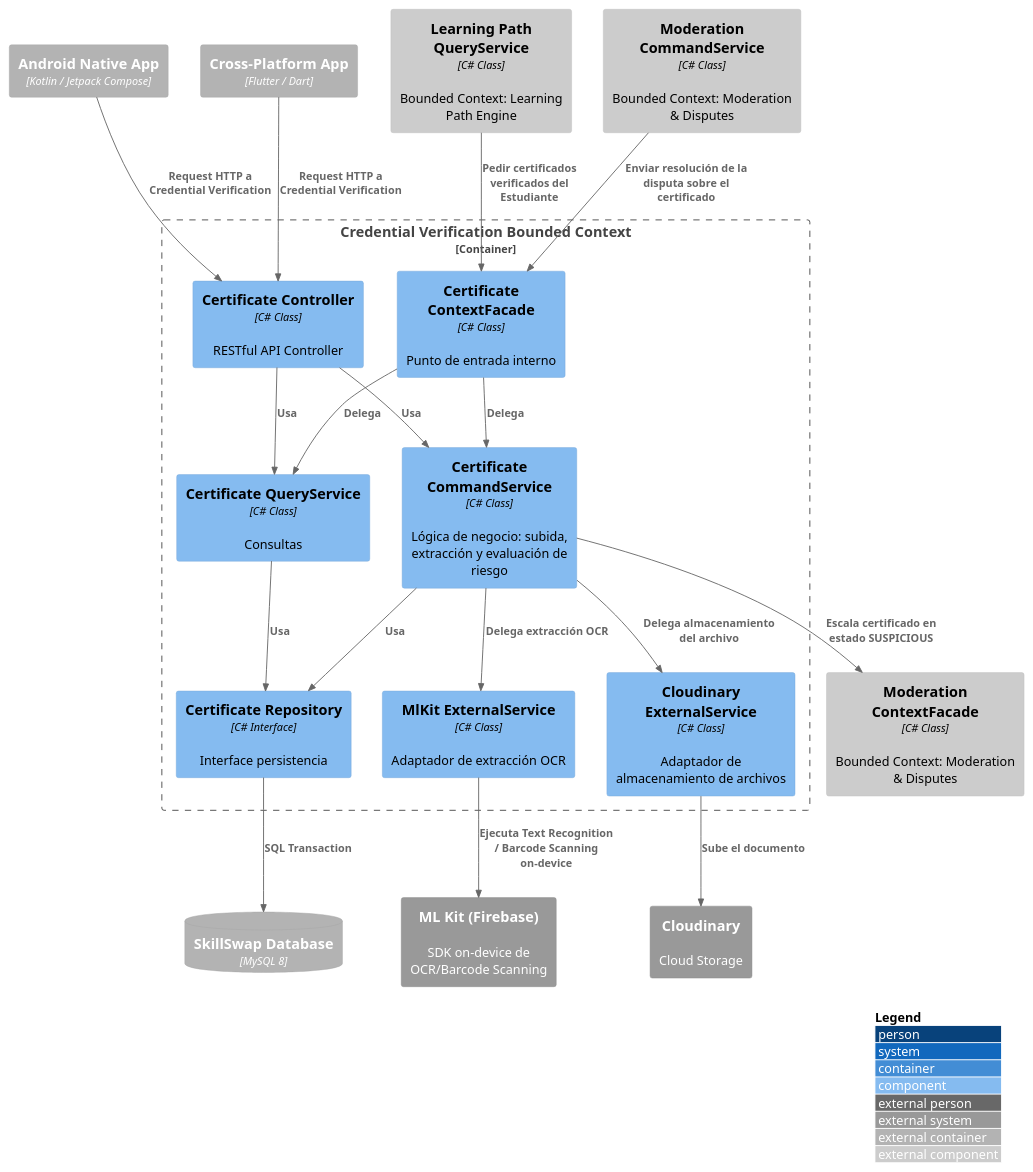
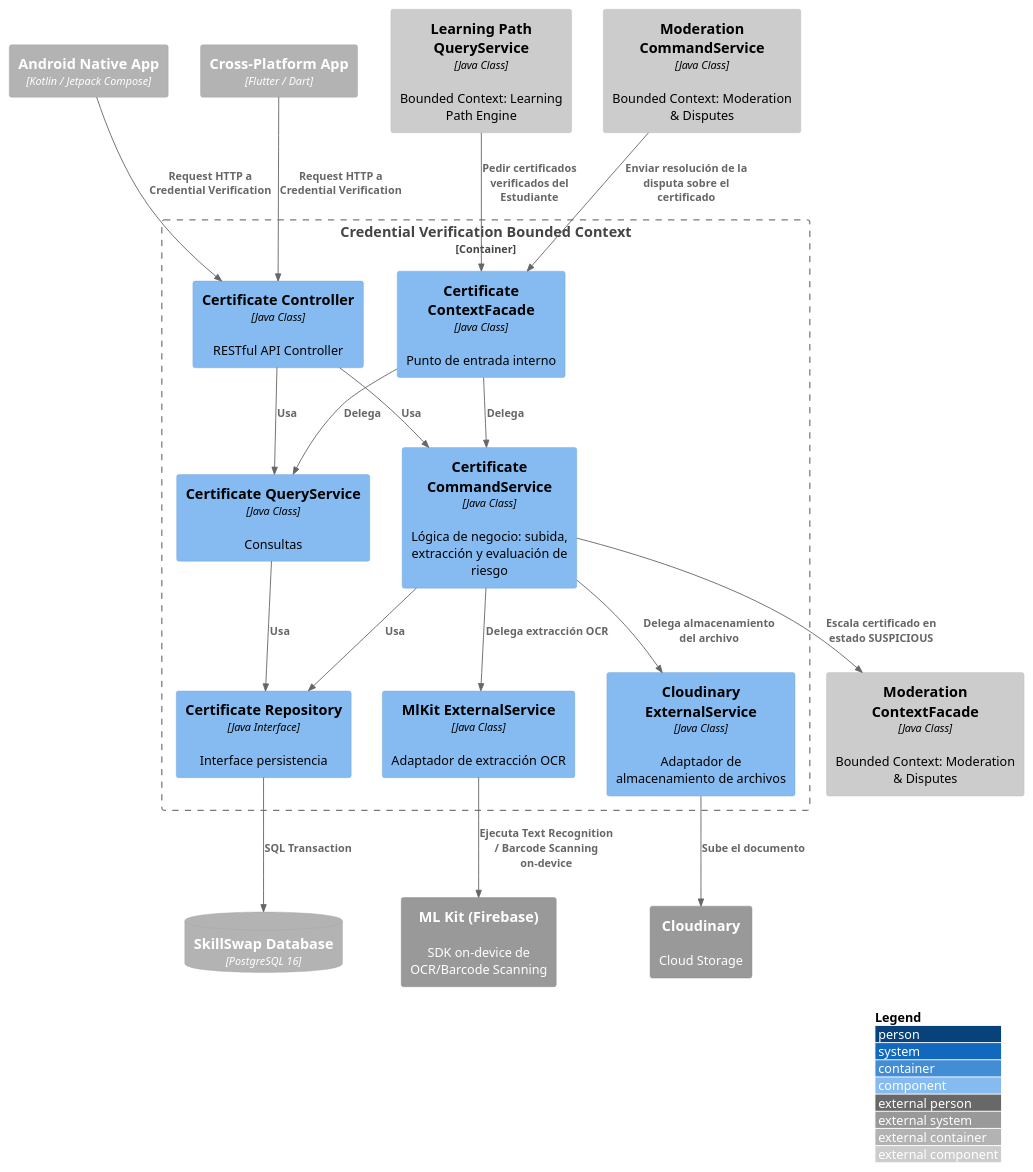
One commit to Aplicaciones-Dispositivos-Moviles/SkillSwap-ProjectReport changed the diagram in DB&C4/Component_Diagram_Credential_Verification.puml. Above: the diagram before and after it, drawn with PlantUML. The commit also changed 32 other files, not shown here.

First line of the commit message:
docs(images): regenerate C4, context map and class diagrams from updated PlantUML sources

```diff
--- a/DB&C4/Component_Diagram_Credential_Verification.puml
+++ b/DB&C4/Component_Diagram_Credential_Verification.puml
@@ -1,48 +1,48 @@
 @startuml CredentialVerificationComponent
 !include https://raw.githubusercontent.com/plantuml-stdlib/C4-PlantUML/master/C4_Component.puml
 
 LAYOUT_WITH_LEGEND()
 
 Container_Ext(androidApp, "Android Native App", "Kotlin / Jetpack Compose")
 Container_Ext(flutterApp, "Cross-Platform App", "Flutter / Dart")
-ContainerDb_Ext(mainDB, "SkillSwap Database", "MySQL 8")
+ContainerDb_Ext(mainDB, "SkillSwap Database", "PostgreSQL 16")
 System_Ext(mlKitService, "ML Kit (Firebase)", "SDK on-device de OCR/Barcode Scanning")
 System_Ext(cloudStorage, "Cloudinary", "Cloud Storage")
 
 Container_Boundary(credentialBC, "Credential Verification Bounded Context") {
-    Component(certificateController, "Certificate Controller", "C# Class", "RESTful API Controller")
-    Component(certificateCommandService, "Certificate CommandService", "C# Class", "Lógica de negocio: subida, extracción y evaluación de riesgo")
-    Component(certificateQueryService, "Certificate QueryService", "C# Class", "Consultas")
-    Component(certificateRepository, "Certificate Repository", "C# Interface", "Interface persistencia")
-    Component(mlKitExtractorExternal, "MlKit ExternalService", "C# Class", "Adaptador de extracción OCR")
-    Component(cloudinaryStorageExternal, "Cloudinary ExternalService", "C# Class", "Adaptador de almacenamiento de archivos")
-    Component(certificateContextFacade, "Certificate ContextFacade", "C# Class", "Punto de entrada interno")
+    Component(certificateController, "Certificate Controller", "Java Class", "RESTful API Controller")
+    Component(certificateCommandService, "Certificate CommandService", "Java Class", "Lógica de negocio: subida, extracción y evaluación de riesgo")
+    Component(certificateQueryService, "Certificate QueryService", "Java Class", "Consultas")
+    Component(certificateRepository, "Certificate Repository", "Java Interface", "Interface persistencia")
+    Component(mlKitExtractorExternal, "MlKit ExternalService", "Java Class", "Adaptador de extracción OCR")
+    Component(cloudinaryStorageExternal, "Cloudinary ExternalService", "Java Class", "Adaptador de almacenamiento de archivos")
+    Component(certificateContextFacade, "Certificate ContextFacade", "Java Class", "Punto de entrada interno")
 }
 
-Component_Ext(moderationContextFacade, "Moderation ContextFacade", "C# Class", "Bounded Context: Moderation & Disputes")
-Component_Ext(pathEngineQueryService, "Learning Path QueryService", "C# Class", "Bounded Context: Learning Path Engine")
-Component_Ext(moderationCommandService, "Moderation CommandService", "C# Class", "Bounded Context: Moderation & Disputes")
+Component_Ext(moderationContextFacade, "Moderation ContextFacade", "Java Class", "Bounded Context: Moderation & Disputes")
+Component_Ext(pathEngineQueryService, "Learning Path QueryService", "Java Class", "Bounded Context: Learning Path Engine")
+Component_Ext(moderationCommandService, "Moderation CommandService", "Java Class", "Bounded Context: Moderation & Disputes")
 
 Rel(androidApp, certificateController, "Request HTTP a Credential Verification")
 Rel(flutterApp, certificateController, "Request HTTP a Credential Verification")
 Rel(certificateController, certificateCommandService, "Usa")
 Rel(certificateController, certificateQueryService, "Usa")
 Rel(certificateCommandService, certificateRepository, "Usa")
 Rel(certificateQueryService, certificateRepository, "Usa")
 Rel(certificateRepository, mainDB, "SQL Transaction")
 
 Rel(certificateCommandService, mlKitExtractorExternal, "Delega extracción OCR")
 Rel(mlKitExtractorExternal, mlKitService, "Ejecuta Text Recognition / Barcode Scanning on-device")
 
 Rel(certificateCommandService, cloudinaryStorageExternal, "Delega almacenamiento del archivo")
 Rel(cloudinaryStorageExternal, cloudStorage, "Sube el documento")
 
 Rel(certificateCommandService, moderationContextFacade, "Escala certificado en estado SUSPICIOUS")
 
 Rel(certificateContextFacade, certificateCommandService, "Delega")
 Rel(certificateContextFacade, certificateQueryService, "Delega")
 
 Rel(pathEngineQueryService, certificateContextFacade, "Pedir certificados verificados del Estudiante")
 Rel(moderationCommandService, certificateContextFacade, "Enviar resolución de la disputa sobre el certificado")
 
 @enduml
```
